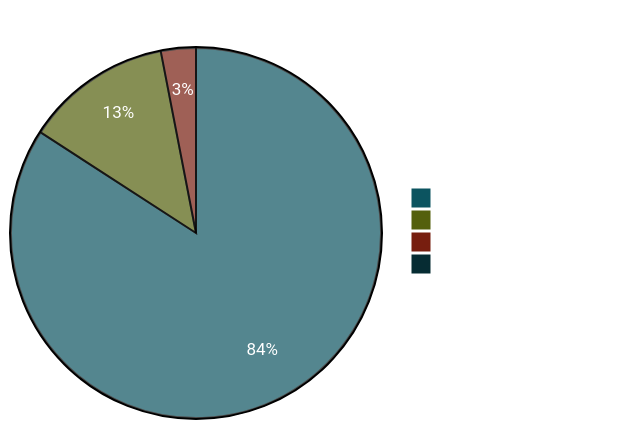
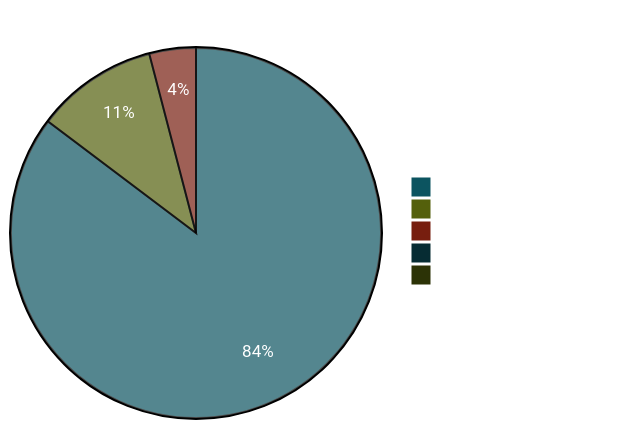
Before and after one commit to libraz/go-oidc-provider-homepage: the diagram in src/ja/compliance/ofcs.md, drawn with Mermaid. The commit also changed other lines of this file and 1 other file, not shown here.

````diff
--- a/src/ja/compliance/ofcs.md
+++ b/src/ja/compliance/ofcs.md
@@ -37,9 +40,10 @@
 ```mermaid
 %%{init: {"theme":"base","themeVariables":{"primaryColor":"#0c5460","primaryTextColor":"#fff","primaryBorderColor":"#0c5460","lineColor":"#888"}}}%%
 pie showData
-  title 3 plans 計 164 modules
-  "PASSED" : 138
+  title 4 plans 計 199 modules
+  "PASSED" : 168
   "REVIEW (手動ゲート)" : 21
-  "SKIPPED (設計上拒否)" : 5
-  "FAILED" : 0
+  "SKIPPED (設計上拒否)" : 8
+  "WARNING (advisory)" : 1
+  "FAILED" : 1
 ```
````
